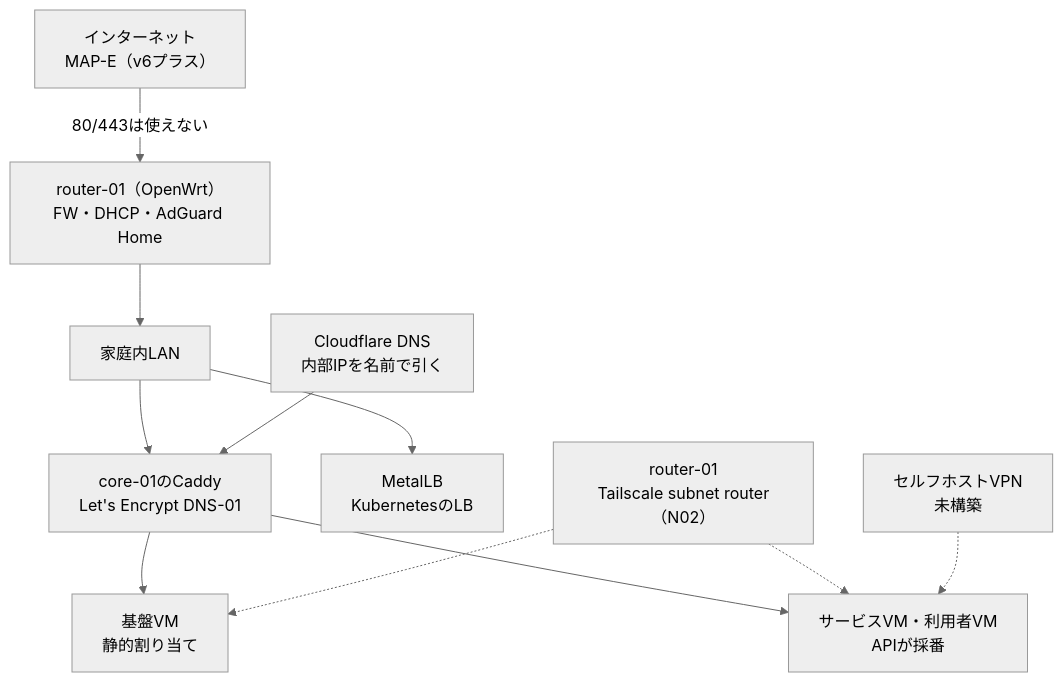
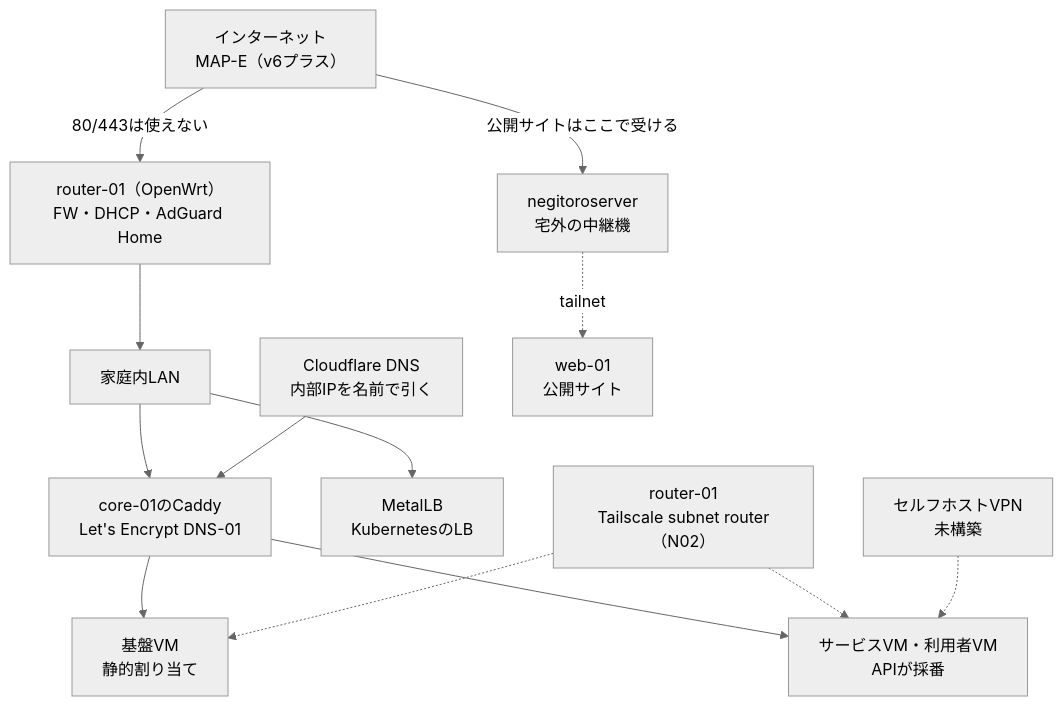
Diagram 13 of 14 in docs/architecture/overview.md (rurutheGeek/shake-cloud), drawn with Mermaid (neutral theme) before and after one commit. The commit also changed other lines of this file and 22 other files, not shown here.

````diff
--- a/docs/architecture/overview.md
+++ b/docs/architecture/overview.md
@@ -491,24 +502,28 @@
 ```mermaid
 flowchart TB
   net["インターネット<br/>MAP-E（v6プラス）"]
   router["router-01（OpenWrt）<br/>FW・DHCP・AdGuard Home"]
   lan["家庭内LAN"]
   dns["Cloudflare DNS<br/>内部IPを名前で引く"]
   caddy["core-01のCaddy<br/>Let's Encrypt DNS-01"]
   fixed["基盤VM<br/>静的割り当て"]
   cloudips["サービスVM・利用者VM<br/>APIが採番"]
   metallb["MetalLB<br/>KubernetesのLB"]
   tailscale["router-01<br/>Tailscale subnet router（N02）"]
   vpn["セルフホストVPN<br/>未構築"]
+  relay["negitoroserver<br/>宅外の中継機"]
+  web01["web-01<br/>公開サイト"]
 
   net -->|"80/443は使えない"| router
+  net -->|"公開サイトはここで受ける"| relay
+  relay -. "tailnet" .-> web01
   router --> lan
   lan --> caddy
   dns --> caddy
   caddy --> fixed
   caddy --> cloudips
   lan --> metallb
   tailscale -.-> fixed
   tailscale -.-> cloudips
   vpn -.-> cloudips
 ```
````
